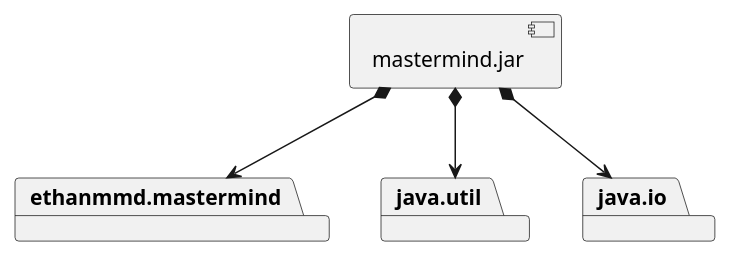
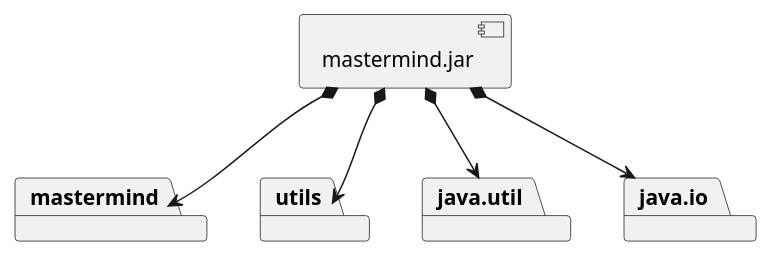
The diagram in docs/implementation.puml (ethanmmd/mastermind), drawn with PlantUML before and after one commit. The commit also changed 7 other files, not shown here.

```diff
--- a/docs/implementation.puml
+++ b/docs/implementation.puml
@@ -1,11 +1,13 @@
 @startuml
 
-package ethanmmd.mastermind
+package mastermind
+package utils
 package java.util
 package java.io
 
-[mastermind.jar] *--> ethanmmd.mastermind
+[mastermind.jar] *--> mastermind
+[mastermind.jar] *--> utils
 [mastermind.jar] *--> java.util
 [mastermind.jar] *--> java.io
 
 @enduml
```
